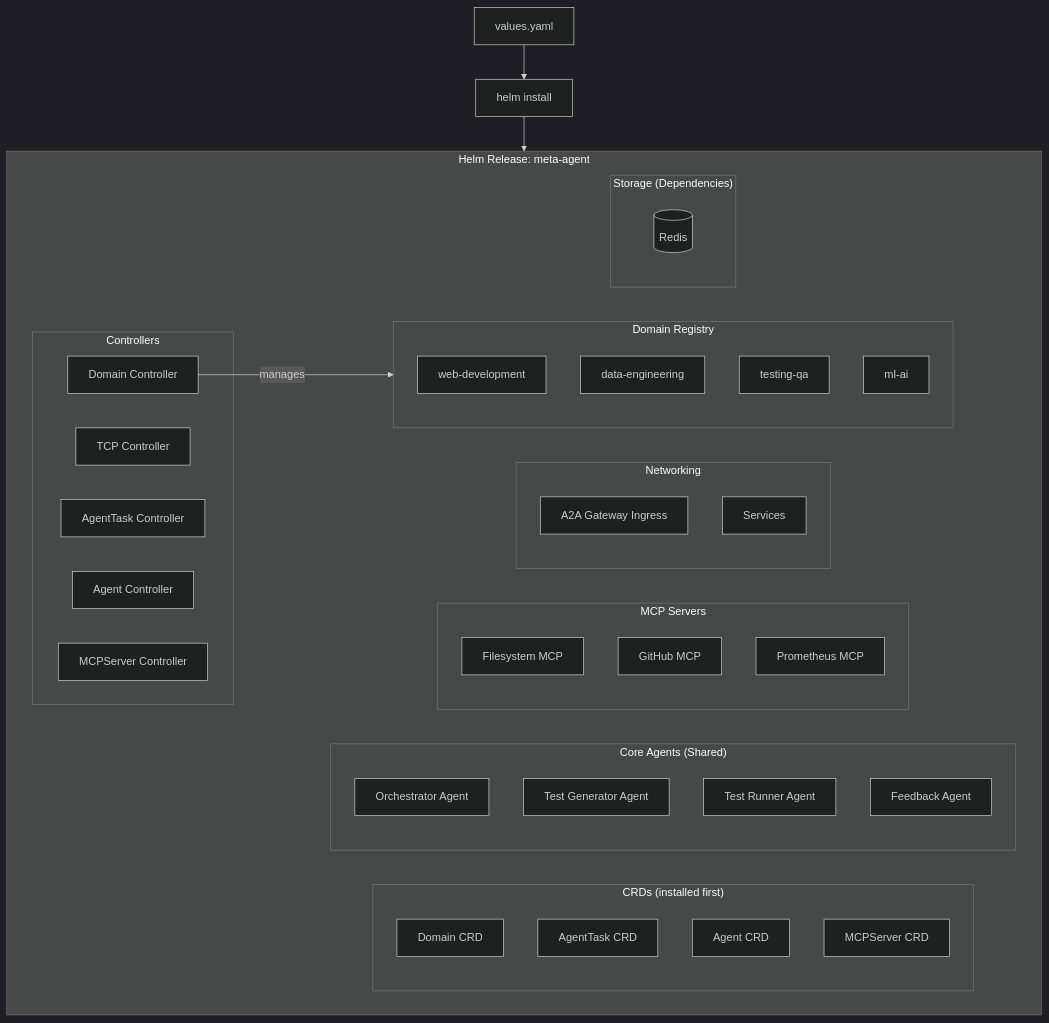
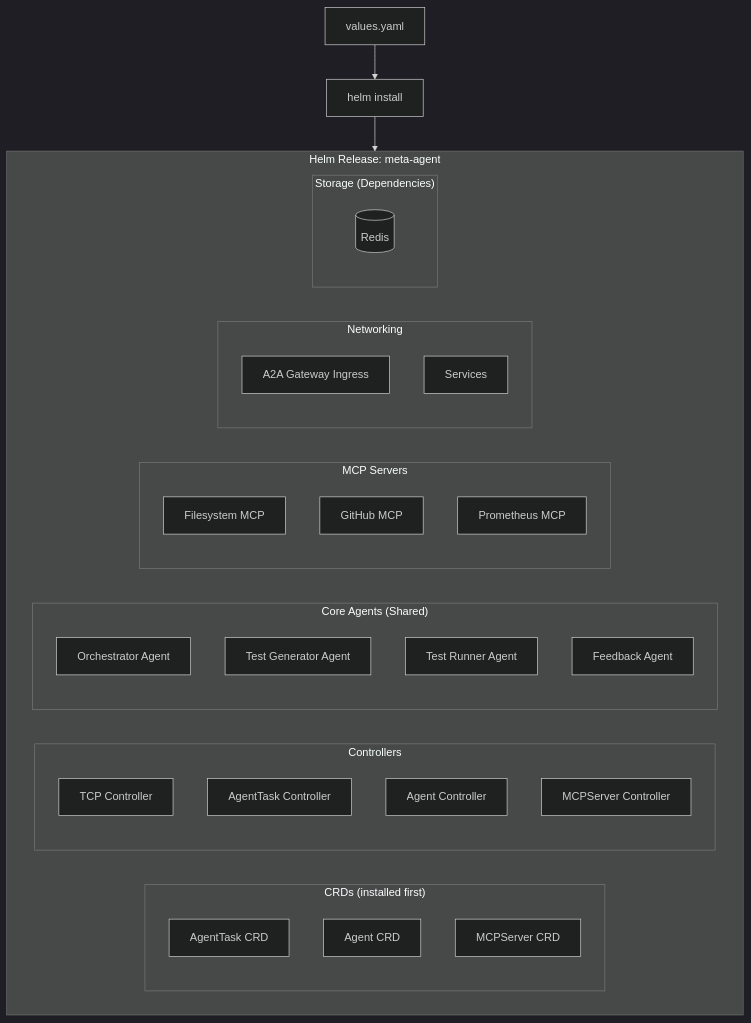
The diagram in docs/arch/10-helm-charts.md (dshcherbatiuk/forgemaster), drawn with Mermaid (dark theme) before and after one commit. The commit also changed other lines of this file and 8 other files, not shown here.

First line of the commit message:
docs: Remove Domain CRD from architecture (YAGNI)

````diff
--- a/docs/arch/10-helm-charts.md
+++ b/docs/arch/10-helm-charts.md
@@ -703,52 +554,42 @@
 ```mermaid
 flowchart TB
     subgraph HelmRelease["Helm Release: meta-agent"]
         subgraph CRDs["CRDs (installed first)"]
-            CRD0[Domain CRD]
             CRD1[AgentTask CRD]
             CRD2[Agent CRD]
             CRD3[MCPServer CRD]
         end
 
         subgraph Controllers["Controllers"]
             TC[TCP Controller]
-            DC[Domain Controller]
             ATC[AgentTask Controller]
             AGC[Agent Controller]
             MC[MCPServer Controller]
-        end
-
-        subgraph Domains["Domain Registry"]
-            D1[web-development]
-            D2[data-engineering]
-            D3[testing-qa]
-            D4[ml-ai]
         end
 
         subgraph CoreAgents["Core Agents (Shared)"]
             OA[Orchestrator Agent]
             TGA[Test Generator Agent]
             TRA[Test Runner Agent]
             FBA[Feedback Agent]
         end
 
         subgraph MCPServers["MCP Servers"]
             FS[Filesystem MCP]
             GH[GitHub MCP]
             PM[Prometheus MCP]
         end
 
         subgraph Networking["Networking"]
             ING[A2A Gateway Ingress]
             SVC[Services]
         end
 
         subgraph Storage["Storage (Dependencies)"]
             RD[(Redis)]
         end
     end
 
     HelmCLI[helm install] --> HelmRelease
     Values[values.yaml] --> HelmCLI
-    DC -->|"manages"| Domains
 ```
````
